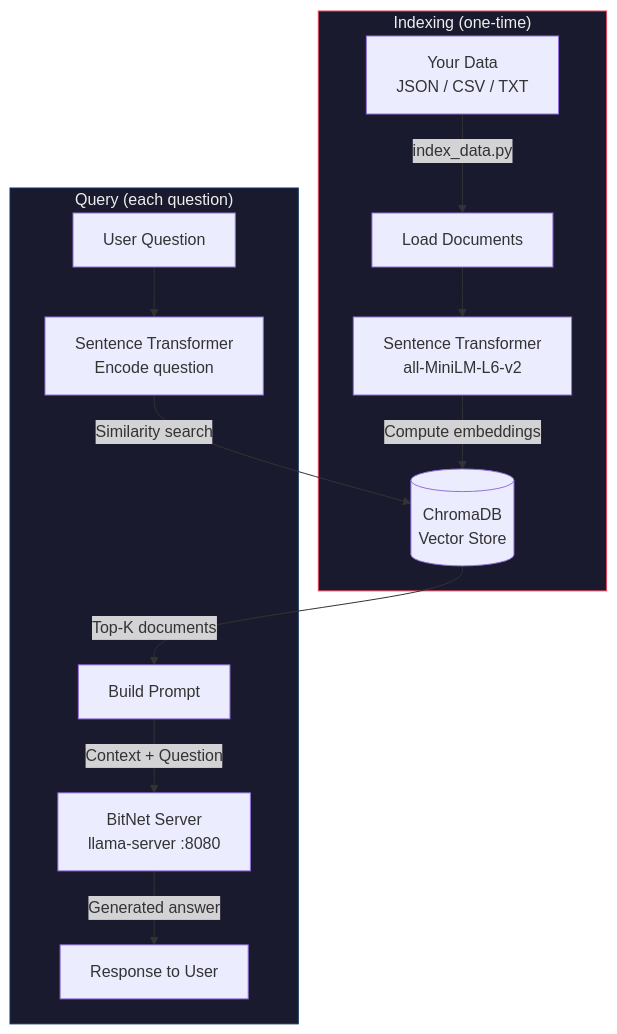
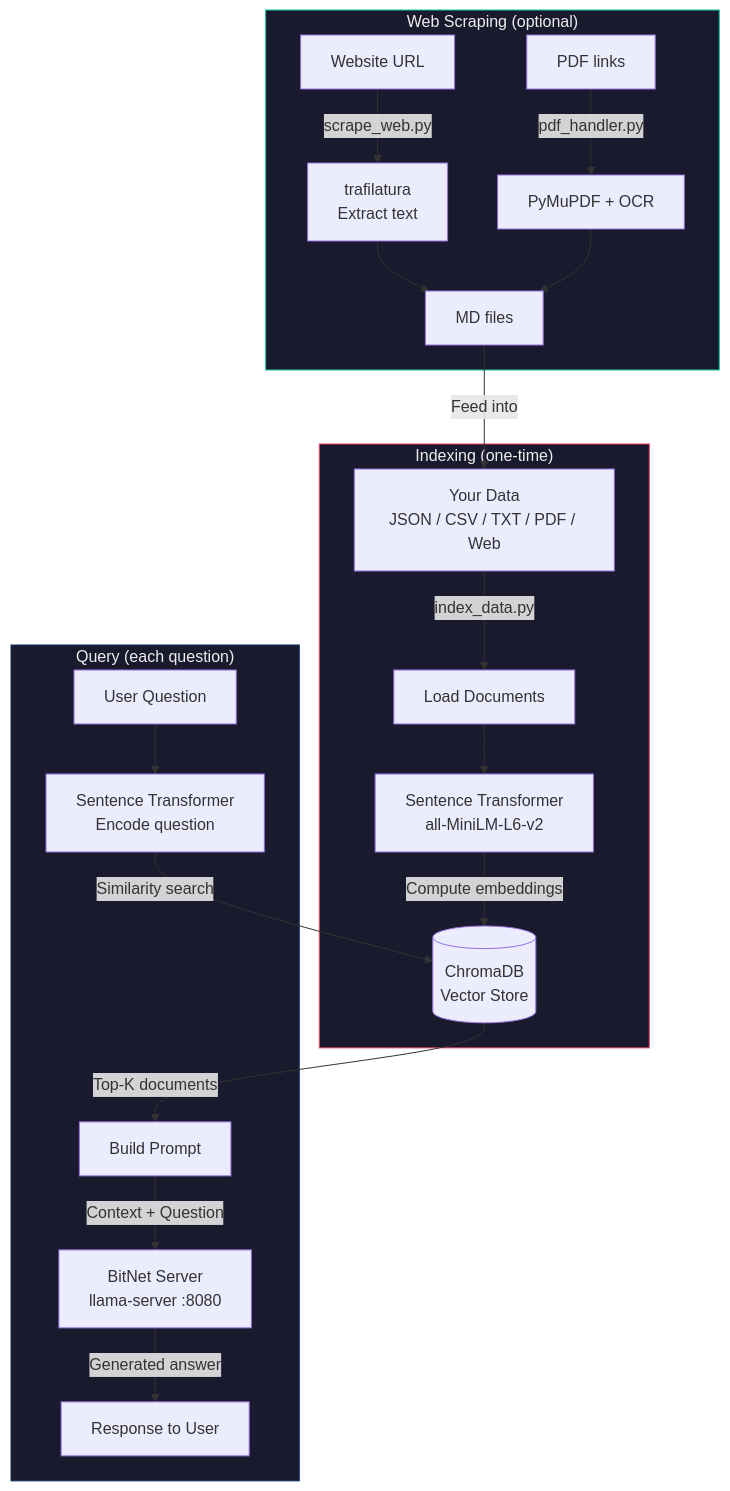
One commit to txavier/BitNet changed the first of 2 diagrams in rag/README.md. Above: the diagram before and after it, drawn with Mermaid. The commit also changed other lines of this file and 6 other files, not shown here.

First line of the commit message:
Enhance RAG pipeline with PDF handling and web scraping capabilities

````diff
--- a/rag/README.md
+++ b/rag/README.md
@@ -7,19 +7,28 @@
 ```mermaid
 flowchart TD
     subgraph INDEX["Indexing (one-time)"]
-        A[Your Data<br/>JSON / CSV / TXT] -->|index_data.py| B[Load Documents]
+        A[Your Data<br/>JSON / CSV / TXT / PDF / Web] -->|index_data.py| B[Load Documents]
         B --> C[Sentence Transformer<br/>all-MiniLM-L6-v2]
         C -->|Compute embeddings| D[(ChromaDB<br/>Vector Store)]
+    end
+
+    subgraph SCRAPE["Web Scraping (optional)"]
+        S1[Website URL] -->|scrape_web.py| S2[trafilatura<br/>Extract text]
+        S2 --> S3[MD files]
+        S4[PDF links] -->|pdf_handler.py| S5[PyMuPDF + OCR]
+        S5 --> S3
+        S3 -->|Feed into| A
     end
 
     subgraph QUERY["Query (each question)"]
         E[User Question] --> F[Sentence Transformer<br/>Encode question]
         F -->|Similarity search| D
         D -->|Top-K documents| G[Build Prompt]
         G -->|"Context + Question"| H[BitNet Server<br/>llama-server :8080]
         H -->|Generated answer| I[Response to User]
     end
 
     style INDEX fill:#1a1a2e,stroke:#e94560,color:#eee
+    style SCRAPE fill:#1a1a2e,stroke:#16c79a,color:#eee
     style QUERY fill:#1a1a2e,stroke:#0f3460,color:#eee
 ```
````
